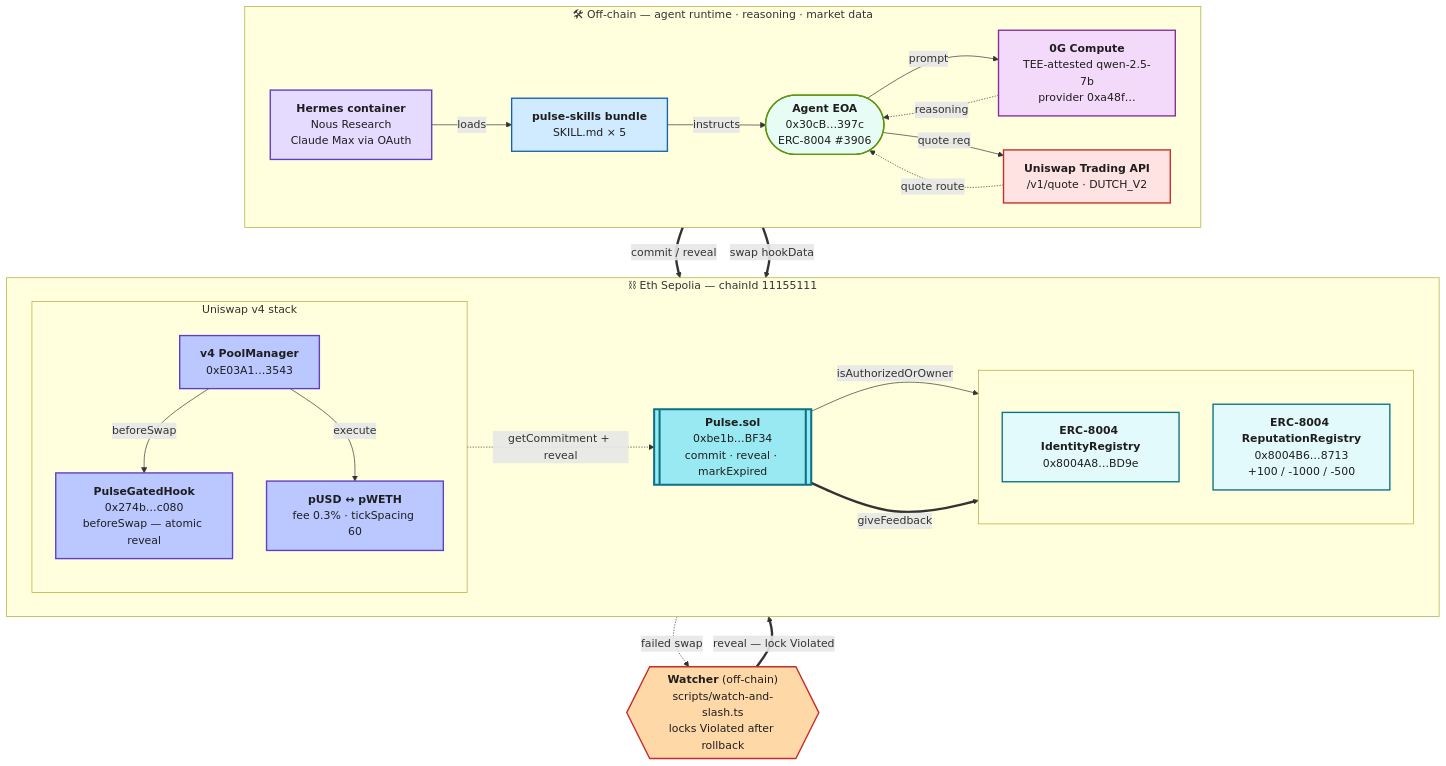
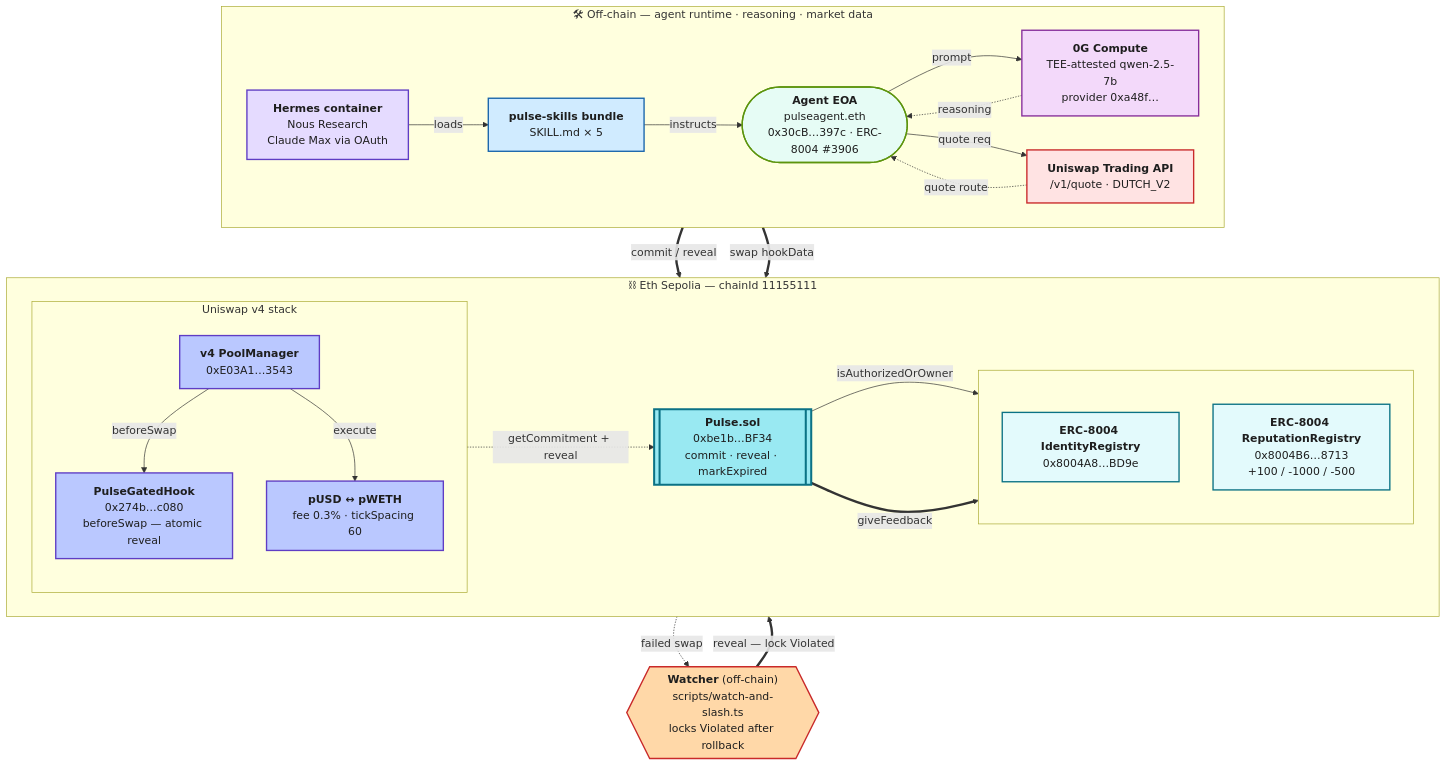
Before and after one commit to ss251/ethglobal-openagents: the diagram in README.md, drawn with Mermaid. The commit also changed other lines of this file and 2 other files, not shown here.

First line of the commit message:
v0.1.2: ENS Track 1 — bind pulseagent.eth + commit via ENS-resolved data

````diff
--- a/README.md
+++ b/README.md
@@ -16,74 +17,74 @@
 ```mermaid
 flowchart TD
     %% ── Off-chain agent runtime ────────────────────────────────────────
     subgraph OFF["🛠 Off-chain — agent runtime · reasoning · market data"]
         direction LR
         Hermes["<b>Hermes container</b><br/>Nous Research<br/>Claude Max via OAuth"]
         Skills["<b>pulse-skills bundle</b><br/>SKILL.md × 5"]
-        Agent(["<b>Agent EOA</b><br/>0x30cB…397c<br/>ERC-8004 #3906"])
+        Agent(["<b>Agent EOA</b><br/>pulseagent.eth<br/>0x30cB…397c · ERC-8004 #3906"])
         ZG["<b>0G Compute</b><br/>TEE-attested qwen-2.5-7b<br/>provider 0xa48f…"]
         Trade["<b>Uniswap Trading API</b><br/>/v1/quote · DUTCH_V2"]
     end
 
     %% ── On-chain Eth Sepolia ──────────────────────────────────────────
     subgraph BASE["⛓ Eth Sepolia — chainId 11155111"]
         direction LR
         subgraph ERC[" "]
             direction TB
             ID["<b>ERC-8004 IdentityRegistry</b><br/>0x8004A8…BD9e"]
             Rep["<b>ERC-8004 ReputationRegistry</b><br/>0x8004B6…8713<br/>+100 / -1000 / -500"]
         end
         Pulse[["<b>Pulse.sol</b><br/>0xbe1b…BF34<br/>commit · reveal · markExpired"]]
         subgraph V4["Uniswap v4 stack"]
             direction TB
             Hook["<b>PulseGatedHook</b><br/>0x274b…c080<br/>beforeSwap — atomic reveal"]
             PM["<b>v4 PoolManager</b><br/>0xE03A1…3543"]
             Pool["<b>pUSD ↔ pWETH</b><br/>fee 0.3% · tickSpacing 60"]
         end
     end
 
     Watcher{{"<b>Watcher</b> (off-chain)<br/>scripts/watch-and-slash.ts<br/>locks Violated after rollback"}}
 
     %% ── Off-chain agent loop ───────────────────────────────────────────
     Hermes -->|loads| Skills
     Skills -->|instructs| Agent
     Agent -->|prompt| ZG
     ZG -.->|reasoning| Agent
     Agent -->|quote req| Trade
     Trade -.->|quote route| Agent
 
     %% ── Cross-band: agent → Pulse ──────────────────────────────────────
     Agent ==>|commit / reveal| Pulse
     Pulse -->|isAuthorizedOrOwner| ID
     Pulse ==>|giveFeedback| Rep
     Hook -.->|getCommitment + reveal| Pulse
 
     %% ── v4 swap path ──────────────────────────────────────────────────
     Agent ==>|swap hookData| PM
     PM -->|beforeSwap| Hook
     PM -->|execute| Pool
 
     %% ── Atomic-rollback recovery ──────────────────────────────────────
     Pool -.->|failed swap| Watcher
     Watcher ==>|reveal — lock Violated| Pulse
 
     classDef agentBox fill:#e6fcf5,stroke:#5c940d,stroke-width:2px,color:#1e1e1e
     classDef hermesBox fill:#e5dbff,stroke:#5f3dc4,stroke-width:2px,color:#1e1e1e
     classDef skillsBox fill:#d0ebff,stroke:#1864ab,stroke-width:2px,color:#1e1e1e
     classDef zgBox fill:#f3d9fa,stroke:#862e9c,stroke-width:2px,color:#1e1e1e
     classDef tradeBox fill:#ffe3e3,stroke:#c92a2a,stroke-width:2px,color:#1e1e1e
     classDef pulseBox fill:#99e9f2,stroke:#0b7285,stroke-width:3px,color:#1e1e1e
     classDef ercBox fill:#e3fafc,stroke:#0b7285,stroke-width:2px,color:#1e1e1e
     classDef v4Box fill:#bac8ff,stroke:#5f3dc4,stroke-width:2px,color:#1e1e1e
     classDef watcherBox fill:#ffd8a8,stroke:#c92a2a,stroke-width:2px,color:#1e1e1e
 
     class Agent agentBox
     class Hermes hermesBox
     class Skills skillsBox
     class ZG zgBox
     class Trade tradeBox
     class Pulse pulseBox
     class ID,Rep ercBox
     class Hook,PM,Pool v4Box
     class Watcher watcherBox
 ```
````
